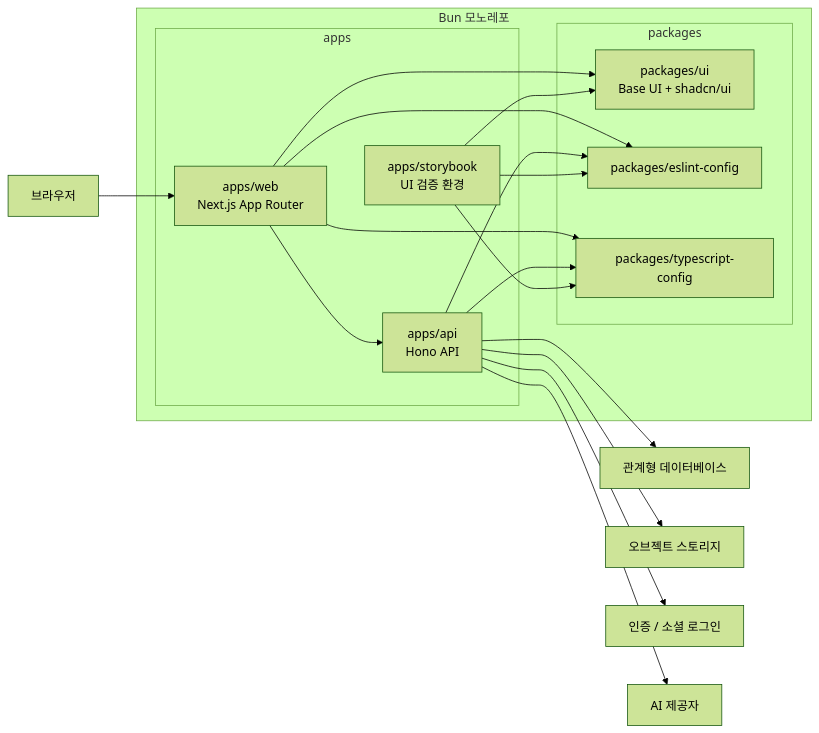
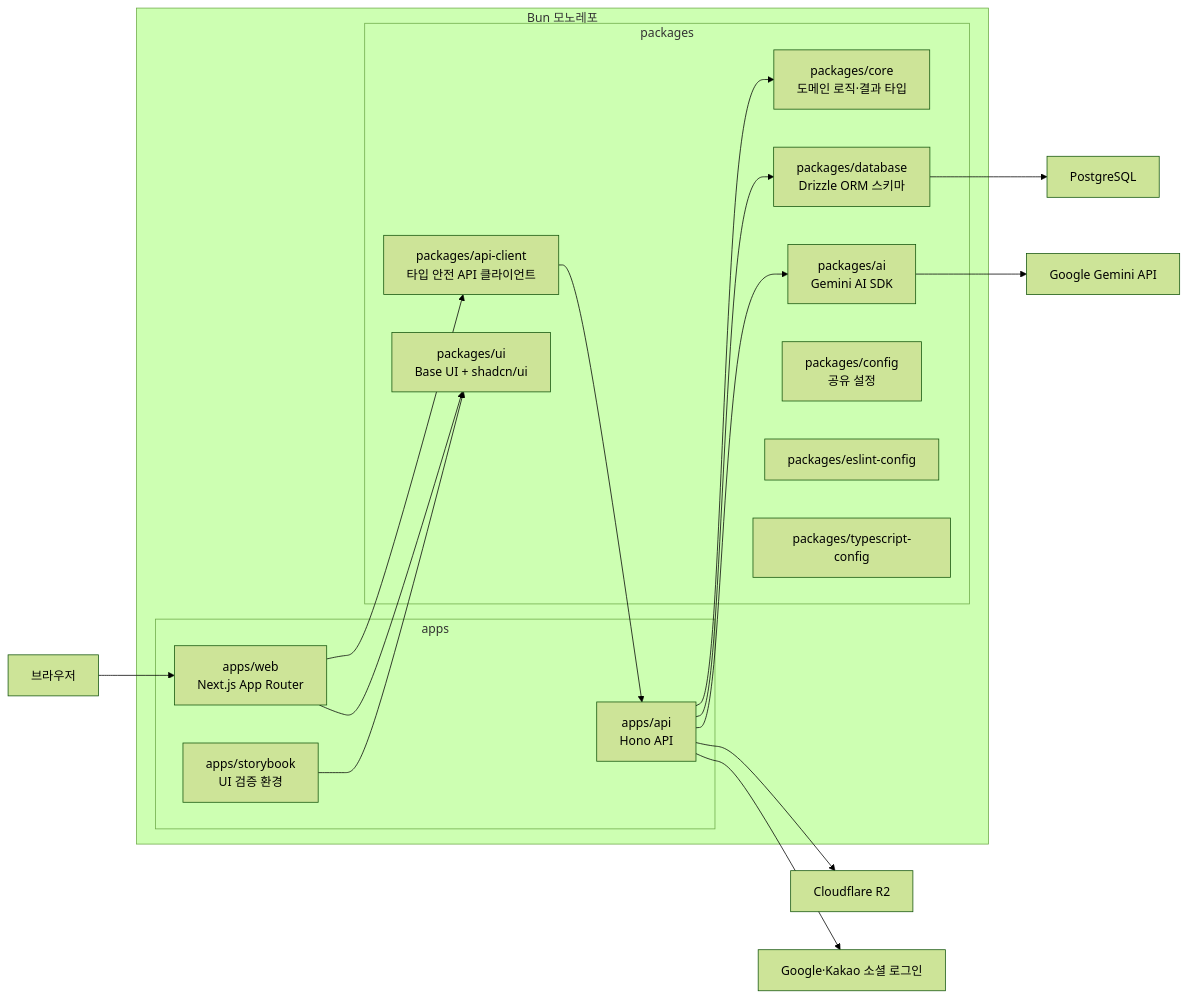
The diagram in docs/03-architecture/diagrams/container-view.md (qaws7791/writing-app), drawn with Mermaid (forest theme) before and after one commit. The commit also changed 16 other files, not shown here.

Commit message:
architecture 문서 PRD 기준으로 업데이트

````diff
--- a/docs/03-architecture/diagrams/container-view.md
+++ b/docs/03-architecture/diagrams/container-view.md
@@ -10,38 +10,41 @@
 ```mermaid
 flowchart LR
     browser["브라우저"]
 
     subgraph monorepo["Bun 모노레포"]
         subgraph apps["apps"]
             web["apps/web<br/>Next.js App Router"]
             api["apps/api<br/>Hono API"]
             storybook["apps/storybook<br/>UI 검증 환경"]
         end
 
         subgraph packages["packages"]
+            core["packages/core<br/>도메인 로직·결과 타입"]
+            database["packages/database<br/>Drizzle ORM 스키마"]
+            ai["packages/ai<br/>Gemini AI SDK"]
+            apiClient["packages/api-client<br/>타입 안전 API 클라이언트"]
             ui["packages/ui<br/>Base UI + shadcn/ui"]
+            config["packages/config<br/>공유 설정"]
             eslint["packages/eslint-config"]
             tsconfig["packages/typescript-config"]
         end
     end
 
-    db["관계형 데이터베이스"]
-    storage["오브젝트 스토리지"]
-    auth["인증 / 소셜 로그인"]
-    ai["AI 제공자"]
+    db["PostgreSQL"]
+    storage["Cloudflare R2"]
+    auth["Google·Kakao 소셜 로그인"]
+    gemini["Google Gemini API"]
 
     browser --> web
     web --> ui
+    web --> apiClient
     storybook --> ui
-    web --> api
-    api --> db
+    apiClient --> api
+    api --> core
+    api --> database
+    api --> ai
+    database --> db
+    ai --> gemini
     api --> storage
     api --> auth
-    api --> ai
-    web --> eslint
-    api --> eslint
-    storybook --> eslint
-    web --> tsconfig
-    api --> tsconfig
-    storybook --> tsconfig
 ```
````
